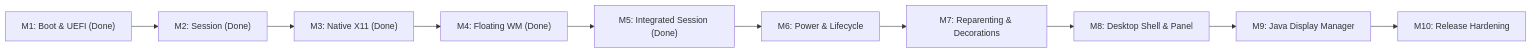
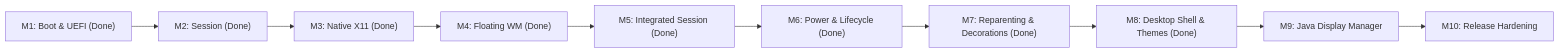
One commit to amadeos-eu/amadeos changed the second of 2 diagrams in ROADMAP.md. Above: the diagram before and after it, drawn with Mermaid. The commit also changed other lines of this file and 2 other files, not shown here.

Commit message:
docs(roadmap): mark M8 complete and record native X11 root window background decision

````diff
--- a/ROADMAP.md
+++ b/ROADMAP.md
@@ -36,12 +36,12 @@
 ```mermaid
 flowchart LR
     M1["M1: Boot & UEFI (Done)"] --> M2["M2: Session (Done)"]
     M2 --> M3["M3: Native X11 (Done)"]
     M3 --> M4["M4: Floating WM (Done)"]
     M4 --> M5["M5: Integrated Session (Done)"]
-    M5 --> M6["M6: Power & Lifecycle"]
-    M6 --> M7["M7: Reparenting & Decorations"]
-    M7 --> M8["M8: Desktop Shell & Panel"]
+    M5 --> M6["M6: Power & Lifecycle (Done)"]
+    M6 --> M7["M7: Reparenting & Decorations (Done)"]
+    M7 --> M8["M8: Desktop Shell & Themes (Done)"]
     M8 --> M9["M9: Java Display Manager"]
     M9 --> M10["M10: Release Hardening"]
 ```
````
